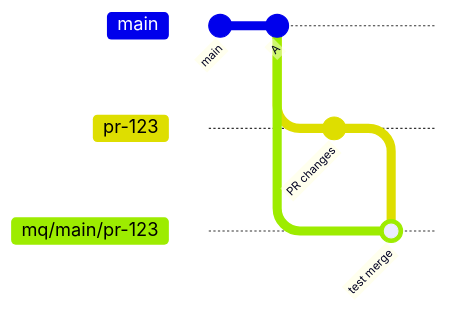
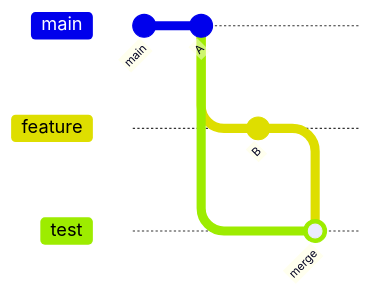
Before and after one commit to Mergifyio/merge-queue-academy: the third of 11 diagrams in src/content/docs/introduction/how-merge-queues-work.md, drawn with Mermaid. The commit also changed other lines of this file, not shown here.

Commit message:
Simplify gitGraph branch names in documentation
Use shorter, clearer branch names (feature, test) instead of
verbose names (pr-123, mq/main/pr-123) for better readability.

````diff
--- a/src/content/docs/introduction/how-merge-queues-work.md
+++ b/src/content/docs/introduction/how-merge-queues-work.md
@@ -51,10 +51,10 @@
 ```mermaid
 gitGraph
     commit id: "main"
     commit id: "A"
-    branch pr-123
-    commit id: "PR changes"
+    branch feature
+    commit id: "B"
     checkout main
-    branch mq/main/pr-123
-    merge pr-123 id: "test merge"
+    branch test
+    merge feature id: "merge"
 ```
````
